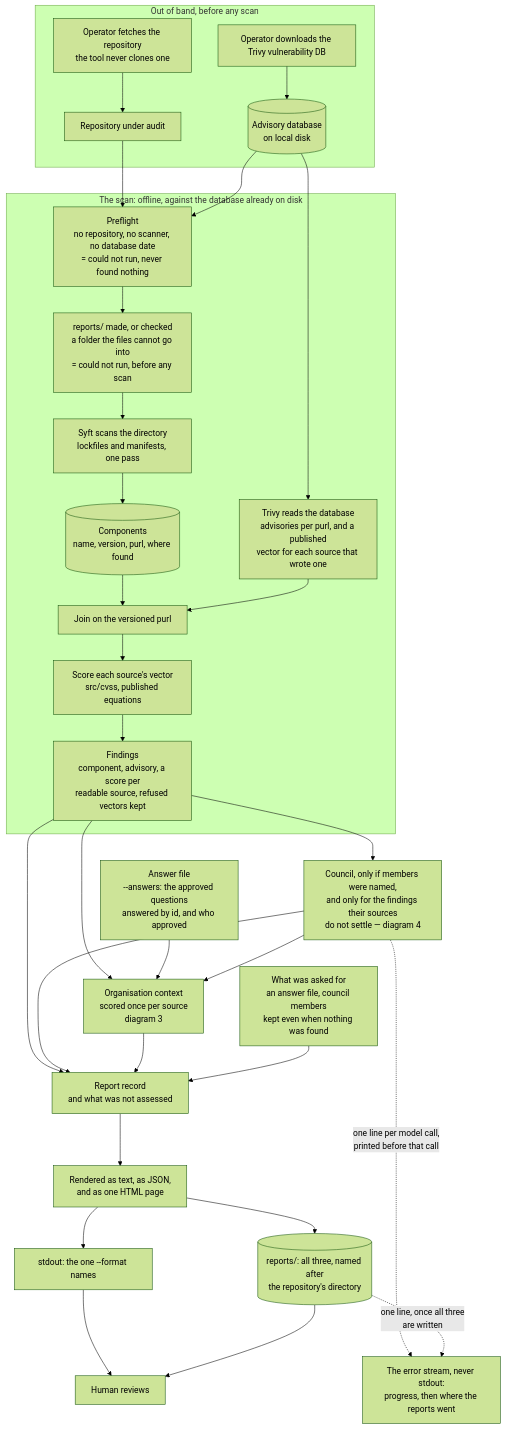
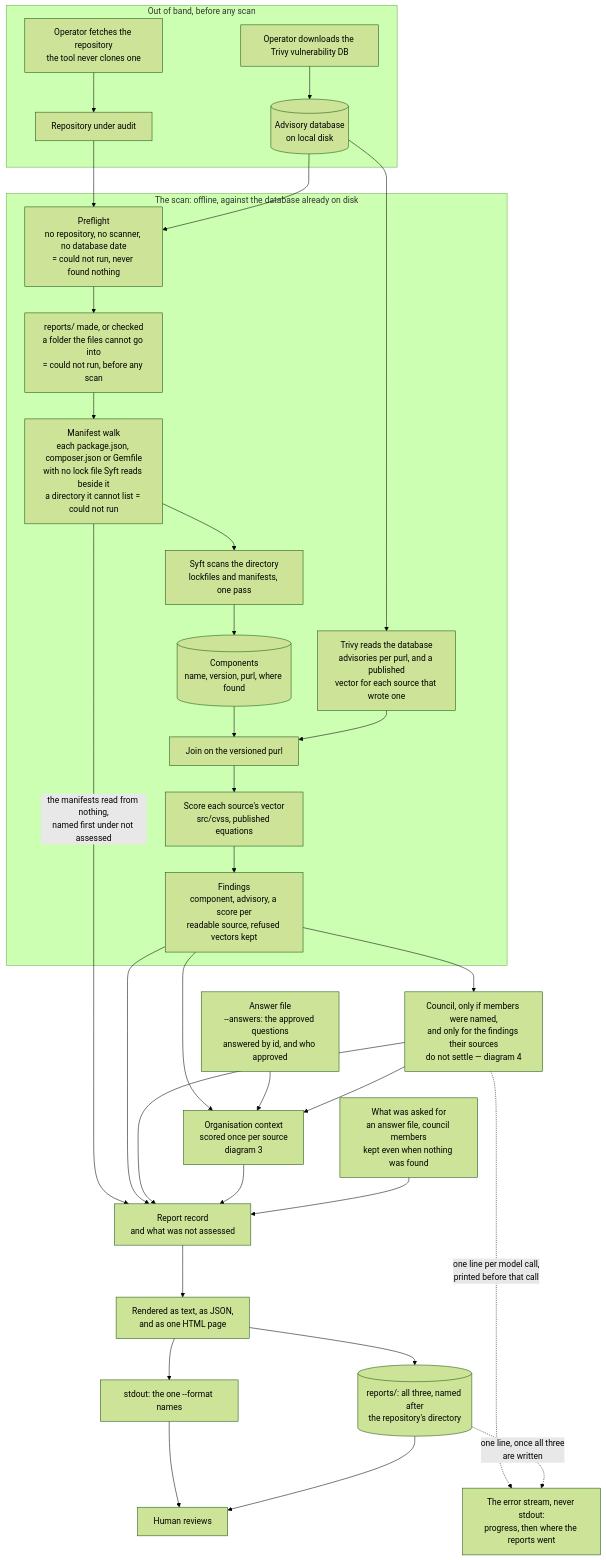
The first of 5 diagrams in docs/diagrams.md (heinthtnaung/AgenticLLMAppAuditor), drawn with Mermaid (forest theme) before and after one commit. The commit also changed other lines of this file and 18 other files, not shown here.

First line of the commit message:
Name each manifest with no lock file Syft reads

````diff
--- a/docs/diagrams.md
+++ b/docs/diagrams.md
@@ -36,39 +36,41 @@
 ```mermaid
 flowchart TD
     subgraph OOB["Out of band, before any scan"]
         fetch["Operator downloads the Trivy vulnerability DB"] --> adb[("Advisory database<br/>on local disk")]
         get["Operator fetches the repository<br/>the tool never clones one"] --> repo["Repository under audit"]
     end
 
     subgraph SCAN["The scan: offline, against the database already on disk"]
         pre["Preflight<br/>no repository, no scanner, no database date<br/>= could not run, never found nothing"]
         repo --> pre
         pre --> rdir["reports/ made, or checked<br/>a folder the files cannot go into<br/>= could not run, before any scan"]
-        rdir --> syft["Syft scans the directory<br/>lockfiles and manifests, one pass"]
+        rdir --> walk["Manifest walk<br/>each package.json, composer.json or Gemfile<br/>with no lock file Syft reads beside it<br/>a directory it cannot list = could not run"]
+        walk --> syft["Syft scans the directory<br/>lockfiles and manifests, one pass"]
         syft --> comp[("Components<br/>name, version, purl, where found")]
         trivy["Trivy reads the database<br/>advisories per purl, and a published<br/>vector for each source that wrote one"]
         comp --> join["Join on the versioned purl"]
         trivy --> join
         join --> asm["Score each source's vector<br/>src/cvss, published equations"]
         asm --> fin["Findings<br/>component, advisory, a score per<br/>readable source, refused vectors kept"]
     end
 
     adb --> pre
     adb --> trivy
+    walk -->|"the manifests read from nothing,<br/>named first under not assessed"| rec
 
     fin --> cou["Council, only if members were named,<br/>and only for the findings their sources<br/>do not settle — diagram 4"]
     fin --> ctx["Organisation context<br/>scored once per source<br/>diagram 3"]
     ans["Answer file<br/>--answers: the approved questions<br/>answered by id, and who approved"] --> ctx
     cou --> ctx
     fin --> rec["Report record<br/>and what was not assessed"]
     cou --> rec
     ctx --> rec
     asked["What was asked for<br/>an answer file, council members<br/>kept even when nothing was found"] --> rec
     rec --> rnd["Rendered as text, as JSON,<br/>and as one HTML page"]
     rnd --> out["stdout: the one --format names"]
     rnd --> saved[("reports/: all three, named after<br/>the repository's directory")]
     out --> hum["Human reviews"]
     saved --> hum
     cou -. "one line per model call,<br/>printed before that call" .-> err["The error stream, never stdout:<br/>progress, then where the reports went"]
     saved -. "one line, once all three<br/>are written" .-> err
 ```
````
